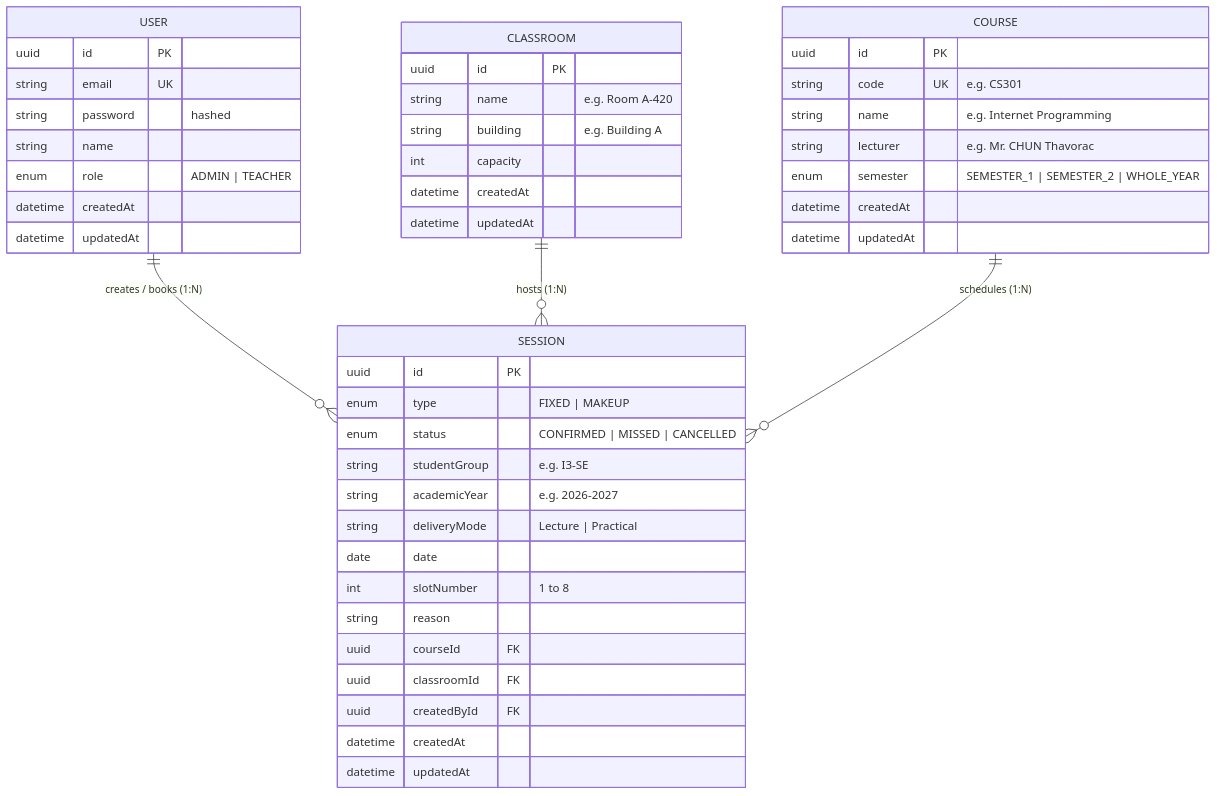
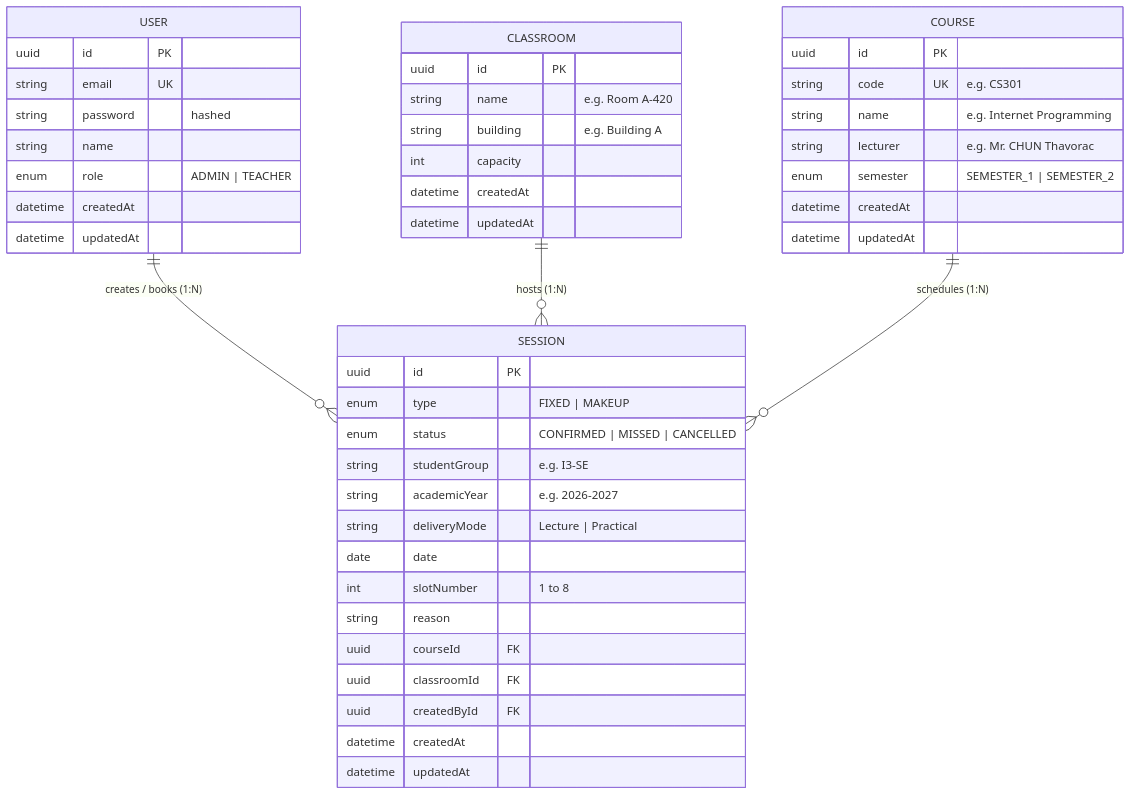
One commit to flourbloom/classroom-scheduler changed the first of 3 diagrams in PROPOSAL.md. Above: the diagram before and after it, drawn with Mermaid. The commit also changed other lines of this file, not shown here.

````diff
--- a/PROPOSAL.md
+++ b/PROPOSAL.md
@@ -111,52 +111,52 @@
 ```mermaid
 erDiagram
     USER ||--o{ SESSION : "creates / books (1:N)"
     CLASSROOM ||--o{ SESSION : "hosts (1:N)"
     COURSE ||--o{ SESSION : "schedules (1:N)"
 
     USER {
         uuid id PK
         string email UK
         string password "hashed"
         string name
         enum role "ADMIN | TEACHER"
         datetime createdAt
         datetime updatedAt
     }
 
     CLASSROOM {
         uuid id PK
         string name "e.g. Room A-420"
         string building "e.g. Building A"
         int capacity
         datetime createdAt
         datetime updatedAt
     }
 
     COURSE {
         uuid id PK
         string code UK "e.g. CS301"
         string name "e.g. Internet Programming"
         string lecturer "e.g. Mr. CHUN Thavorac"
-        enum semester "SEMESTER_1 | SEMESTER_2 | WHOLE_YEAR"
+        enum semester "SEMESTER_1 | SEMESTER_2"
         datetime createdAt
         datetime updatedAt
     }
 
     SESSION {
         uuid id PK
         enum type "FIXED | MAKEUP"
         enum status "CONFIRMED | MISSED | CANCELLED"
         string studentGroup "e.g. I3-SE"
         string academicYear "e.g. 2026-2027"
         string deliveryMode "Lecture | Practical"
         date date
         int slotNumber "1 to 8"
         string reason
         uuid courseId FK
         uuid classroomId FK
         uuid createdById FK
         datetime createdAt
         datetime updatedAt
     }
 ```
````
